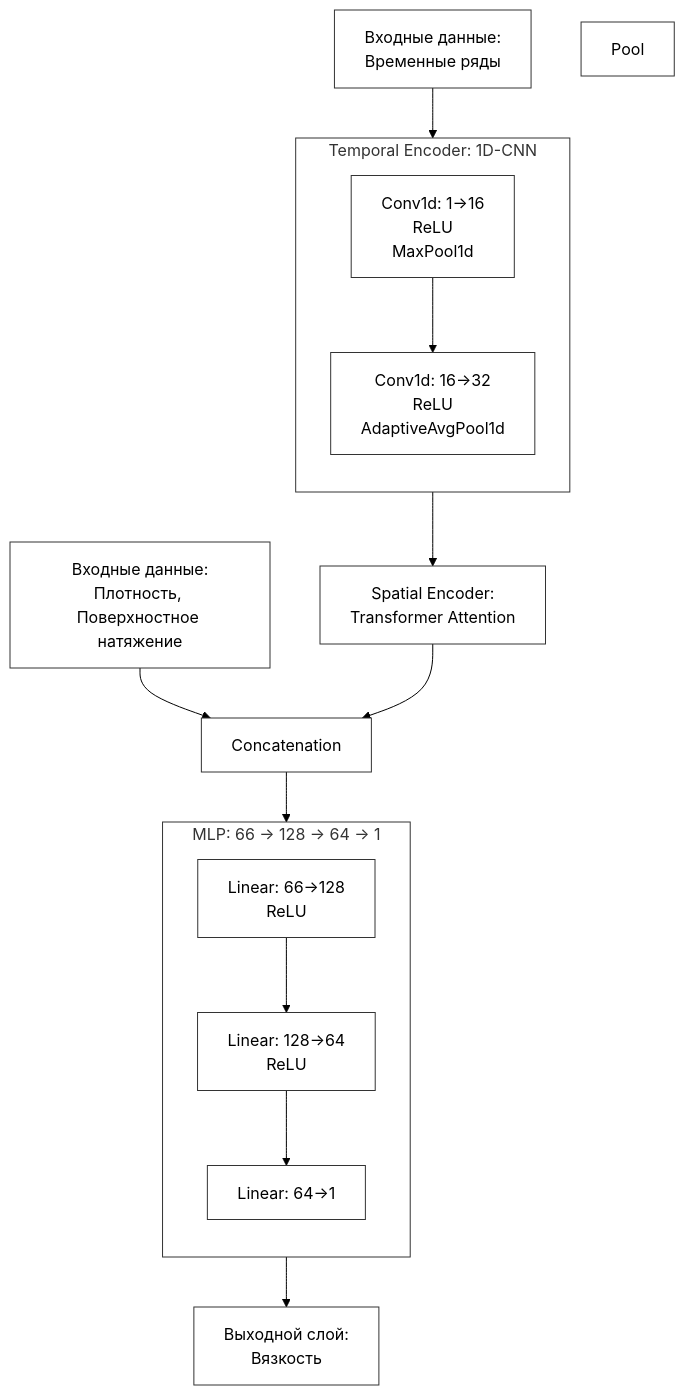
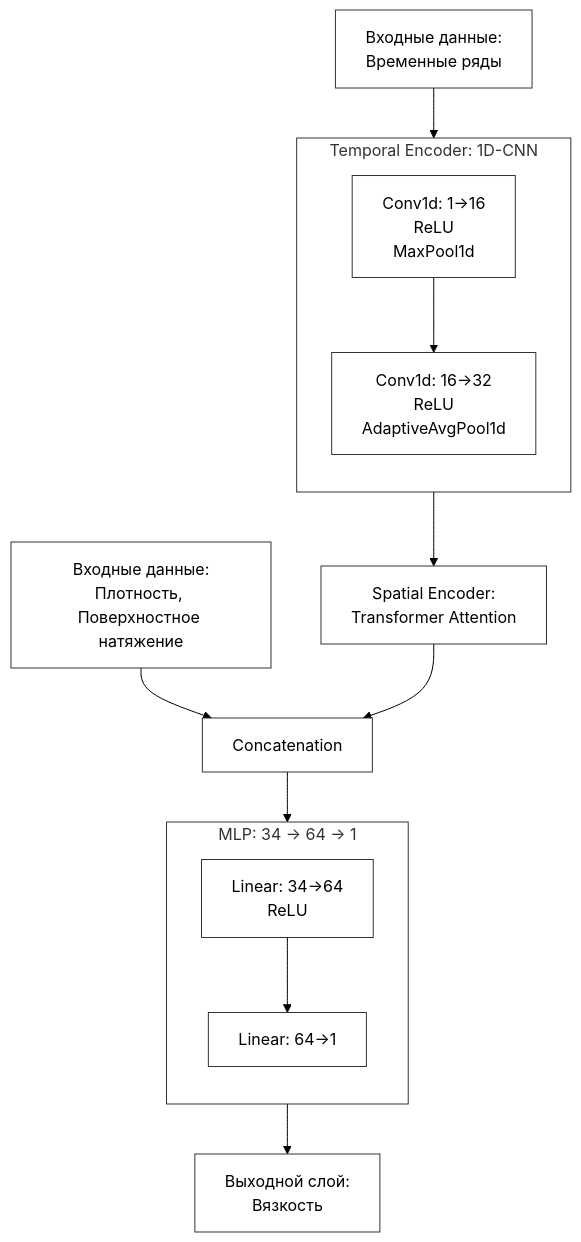
One commit to Stepaijio/goodagent changed the diagram in ML_Variant3_Analysis.md. Above: the diagram before and after it, drawn with Mermaid (forest theme). The commit also changed other lines of this file, not shown here.

Commit message:
Update architecture diagram and MLP description in ML_Variant3_Analysis.md

````diff
--- a/ML_Variant3_Analysis.md
+++ b/ML_Variant3_Analysis.md
@@ -9,42 +9,39 @@
 ```mermaid
 graph TD
     %% Входные данные
     Input[Входные данные:<br/>Временные ряды] --> CNN
     Global[Входные данные:<br/>Плотность, Поверхностное натяжение] --> Concat
 
     subgraph CNN [Temporal Encoder: 1D-CNN]
         direction TB
         C1[Conv1d: 1->16<br/>ReLU<br/>MaxPool1d]
         C2[Conv1d: 16->32<br/>ReLU<br/>AdaptiveAvgPool1d]
         C1 --> C2
     end
 
     CNN --> Spatial[Spatial Encoder:<br/>Transformer Attention]
     Spatial --> Concat[Concatenation]
     
-    subgraph MLP [MLP: 66 -> 128 -> 64 -> 1]
+    subgraph MLP [MLP: 34 -> 64 -> 1]
         direction TB
-        L1[Linear: 66->128<br/>ReLU]
-        L2[Linear: 128->64<br/>ReLU]
-        L3[Linear: 64->1]
-        L1 --> L2 --> L3
+        L1[Linear: 34->64<br/>ReLU]
+        L2[Linear: 64->1]
+        L1 --> L2
     end
     
     Concat --> L1
-    L3 --> Output[Выходной слой:<br/>Вязкость]
+    L2 --> Output[Выходной слой:<br/>Вязкость]
 
-    %% Стилизация
+    %% Стилизация всех блоков в белый цвет
     style CNN fill:#fff,stroke:#333
     style Spatial fill:#fff,stroke:#333
     style MLP fill:#fff,stroke:#333
     style Input fill:#fff,stroke:#333
     style Global fill:#fff,stroke:#333
     style Output fill:#fff,stroke:#333
     style C1 fill:#fff,stroke:#333
     style C2 fill:#fff,stroke:#333
-    style Pool fill:#fff,stroke:#333
     style Concat fill:#fff,stroke:#333
     style L1 fill:#fff,stroke:#333
     style L2 fill:#fff,stroke:#333
-    style L3 fill:#fff,stroke:#333
 ```
````
